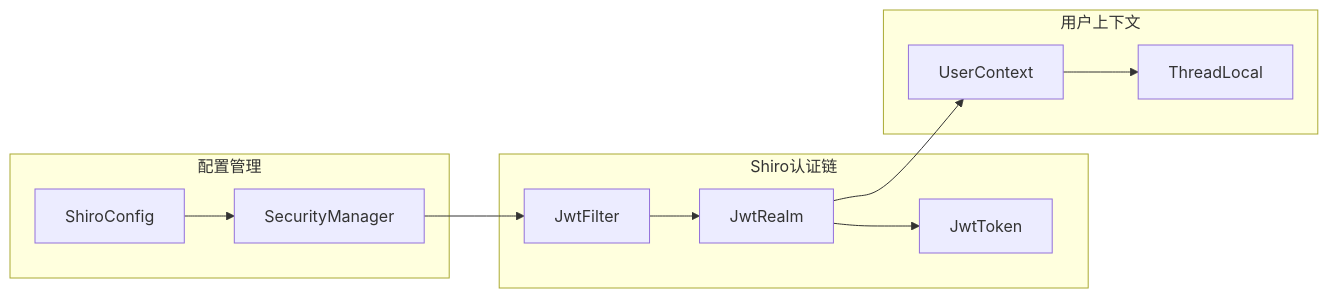
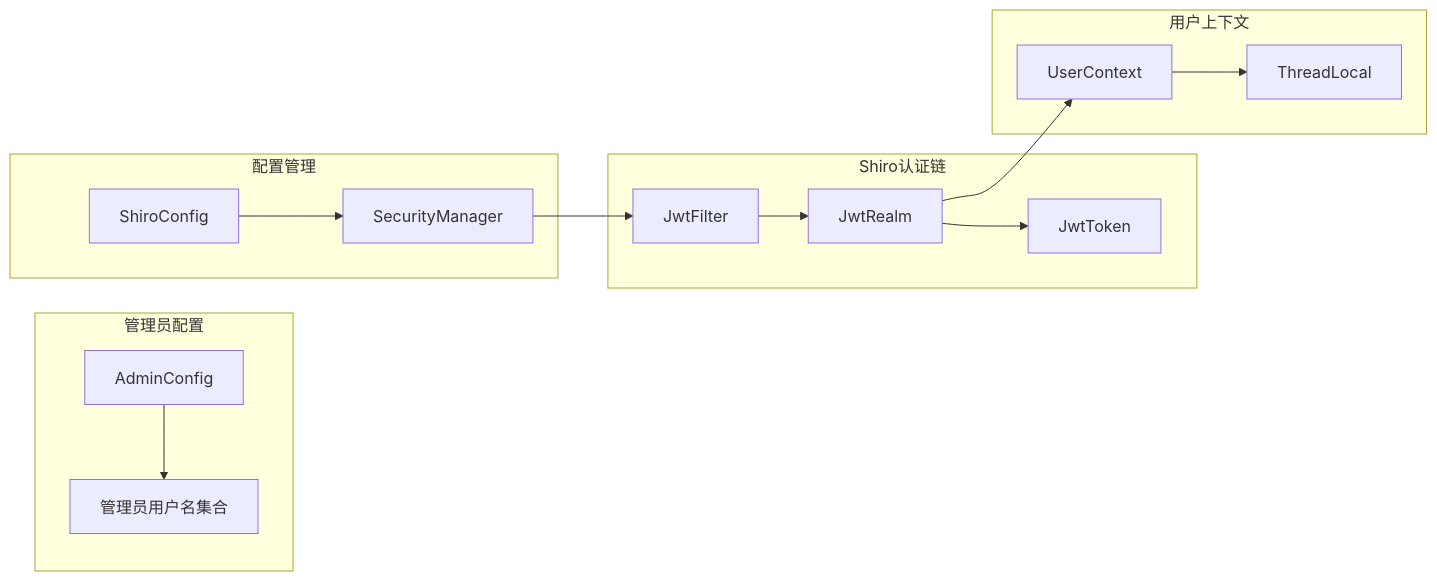
The fourth of 19 diagrams in .qoder/repowiki/zh/content/用户管理系统/用户管理系统.md (20164206160/zhishilu), drawn with Mermaid before and after one commit. The commit also changed other lines of this file and 11 other files, not shown here.

````diff
--- a/.qoder/repowiki/zh/content/用户管理系统/用户管理系统.md
+++ b/.qoder/repowiki/zh/content/用户管理系统/用户管理系统.md
@@ -199,22 +231,27 @@
 ```mermaid
 graph LR
 subgraph "Shiro认证链"
 Filter[JwtFilter]
 Realm[JwtRealm]
 Token[JwtToken]
 end
 subgraph "用户上下文"
 Context[UserContext]
 ThreadLocal[ThreadLocal<User>]
 end
+subgraph "管理员配置"
+AdminConfig[AdminConfig]
+AdminSet[管理员用户名集合]
+end
 subgraph "配置管理"
 Config[ShiroConfig]
 SecurityMgr[SecurityManager]
 end
 Filter --> Realm
 Realm --> Token
 Realm --> Context
 Context --> ThreadLocal
+AdminConfig --> AdminSet
 Config --> SecurityMgr
 SecurityMgr --> Filter
 ```
````
